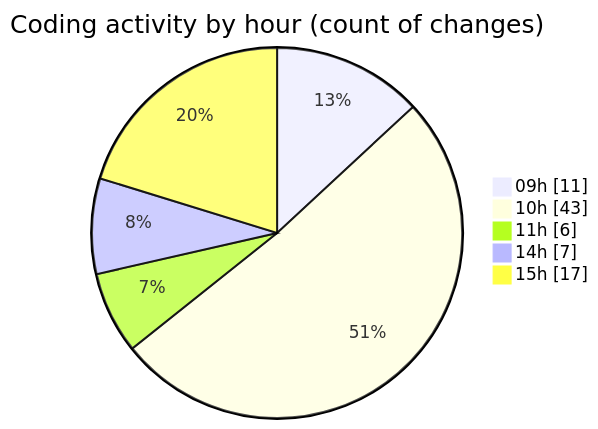
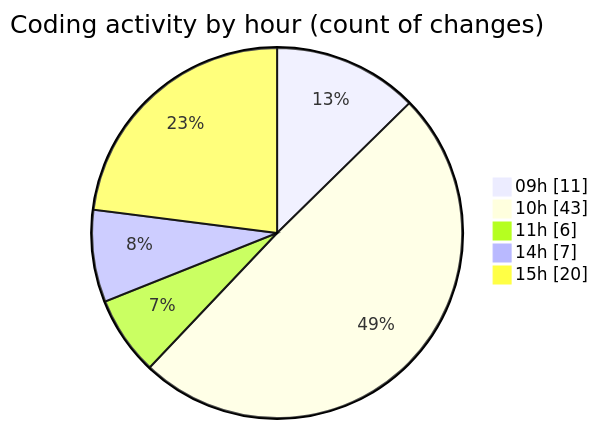
The second of 2 diagrams in 2025-05-27/ecodeli-1/README.md (CELIANVF/code-tracking), drawn with Mermaid before and after one commit. The commit also changed other lines of this file and 1 other file, not shown here.

````diff
--- a/2025-05-27/ecodeli-1/README.md
+++ b/2025-05-27/ecodeli-1/README.md
@@ -53,9 +53,9 @@
 ```mermaid
 pie showData
 title Coding activity by hour (count of changes)
 "09h" : 11
 "10h" : 43
 "11h" : 6
 "14h" : 7
-"15h" : 17
+"15h" : 20
 ```
````
